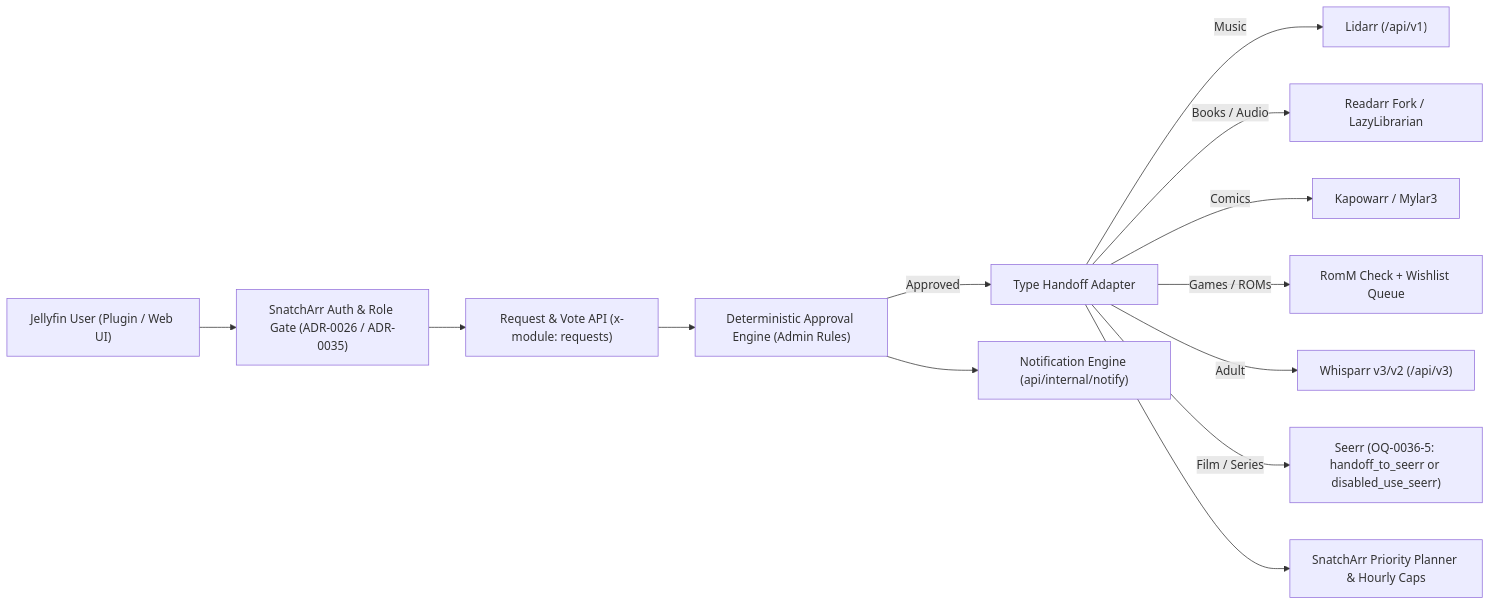
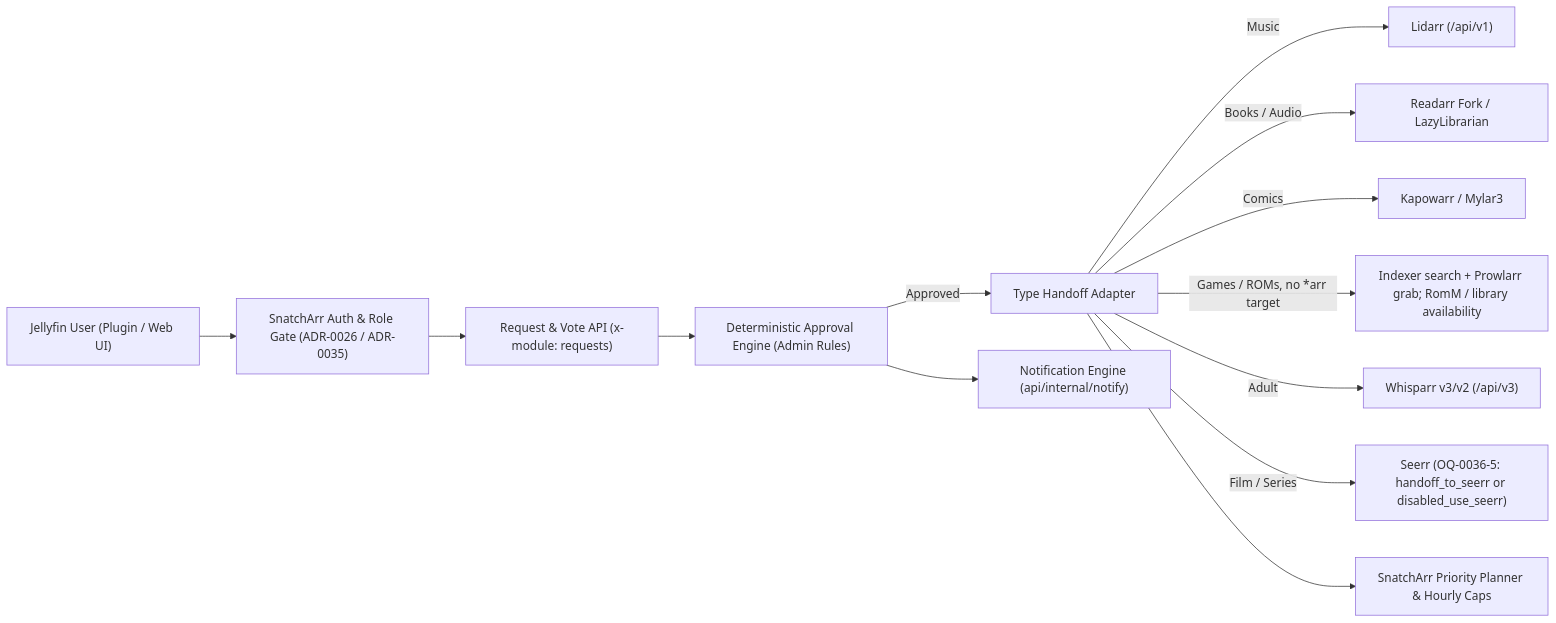
The first of 2 diagrams in docs/adr/0036-community-requests-and-voting.md (lusoris/SnatchArr), drawn with Mermaid before and after one commit. The commit also changed other lines of this file, not shown here.

````diff
--- a/docs/adr/0036-community-requests-and-voting.md
+++ b/docs/adr/0036-community-requests-and-voting.md
@@ -121,15 +121,15 @@
 ```mermaid
 flowchart LR
   JF["Jellyfin User (Plugin / Web UI)"] --> AUTH["SnatchArr Auth & Role Gate (ADR-0026 / ADR-0035)"]
   AUTH --> REQ["Request & Vote API (x-module: requests)"]
   REQ --> ENG["Deterministic Approval Engine (Admin Rules)"]
   ENG -->|Approved| HAND["Type Handoff Adapter"]
   HAND -->|Music| LID["Lidarr (/api/v1)"]
   HAND -->|Books / Audio| READ["Readarr Fork / LazyLibrarian"]
   HAND -->|Comics| KAP["Kapowarr / Mylar3"]
-  HAND -->|Games / ROMs| ROMM["RomM Check + Wishlist Queue"]
+  HAND -->|Games / ROMs, no *arr target| GRAB["Indexer search + Prowlarr grab; RomM / library availability"]
   HAND -->|Adult| WHISP["Whisparr v3/v2 (/api/v3)"]
   HAND -->|Film / Series| SEERR["Seerr (OQ-0036-5: handoff_to_seerr or disabled_use_seerr)"]
   HAND --> PLAN["SnatchArr Priority Planner & Hourly Caps"]
   ENG --> NOTIFY["Notification Engine (api/internal/notify)"]
 ```
````
